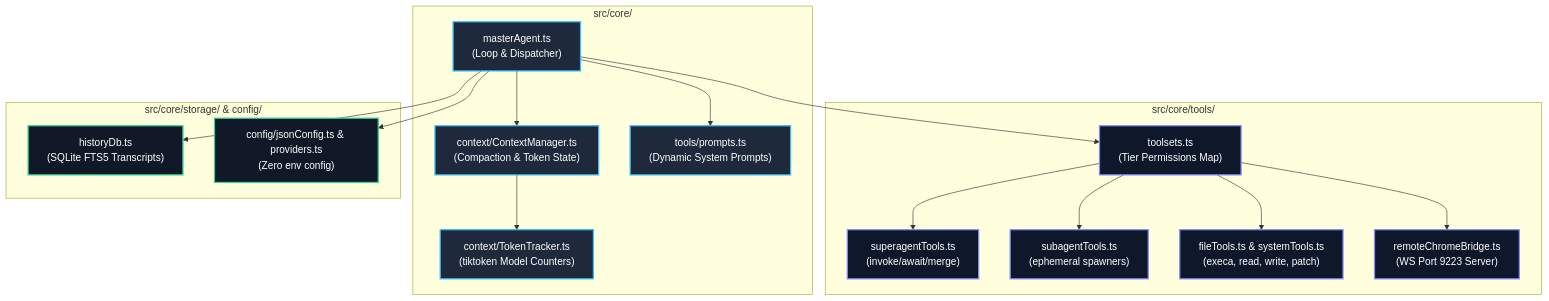
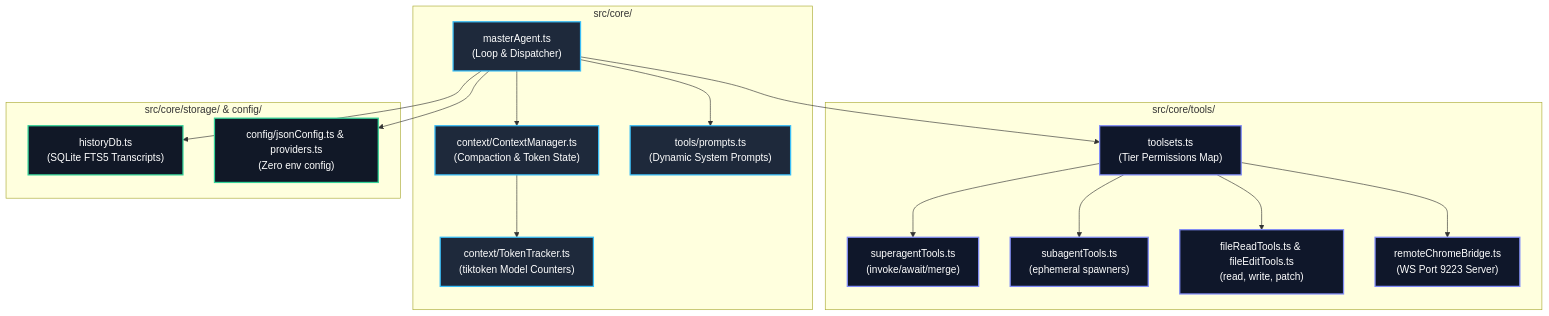
Before and after one commit to RudyCity/superagent: the second of 2 diagrams in docs/wiki/01-architecture-overview.md, drawn with Mermaid. The commit also changed 10 other files, not shown here.

````diff
--- a/docs/wiki/01-architecture-overview.md
+++ b/docs/wiki/01-architecture-overview.md
@@ -73,37 +73,37 @@
 ```mermaid
 graph TB
     classDef core fill:#1e293b,stroke:#38bdf8,stroke-width:2px,color:#fff;
     classDef tool fill:#0f172a,stroke:#818cf8,stroke-width:2px,color:#fff;
     classDef store fill:#111827,stroke:#34d399,stroke-width:2px,color:#fff;
 
     subgraph CoreEngine["src/core/"]
         MasterAgent["masterAgent.ts<br/>(Loop & Dispatcher)"]:::core
         ContextMgr["context/ContextManager.ts<br/>(Compaction & Token State)"]:::core
         TokenTracker["context/TokenTracker.ts<br/>(tiktoken Model Counters)"]:::core
         Prompts["tools/prompts.ts<br/>(Dynamic System Prompts)"]:::core
     end
 
     subgraph ToolEcosystem["src/core/tools/"]
         SuperTools["superagentTools.ts<br/>(invoke/await/merge)"]:::tool
         SubTools["subagentTools.ts<br/>(ephemeral spawners)"]:::tool
-        FileTools["fileTools.ts & systemTools.ts<br/>(execa, read, write, patch)"]:::tool
+        FileTools["fileReadTools.ts & fileEditTools.ts<br/>(read, write, patch)"]:::tool
         ChromeBridge["remoteChromeBridge.ts<br/>(WS Port 9223 Server)"]:::tool
         Toolsets["toolsets.ts<br/>(Tier Permissions Map)"]:::tool
     end
 
     subgraph StorageSubsystem["src/core/storage/ & config/"]
         HistoryDB["historyDb.ts<br/>(SQLite FTS5 Transcripts)"]:::store
         JsonConfig["config/jsonConfig.ts & providers.ts<br/>(Zero env config)"]:::store
     end
 
     MasterAgent --> ContextMgr
     ContextMgr --> TokenTracker
     MasterAgent --> Toolsets
     Toolsets --> SuperTools
     Toolsets --> SubTools
     Toolsets --> FileTools
     Toolsets --> ChromeBridge
     MasterAgent --> Prompts
     MasterAgent --> HistoryDB
     MasterAgent --> JsonConfig
 ```
````
